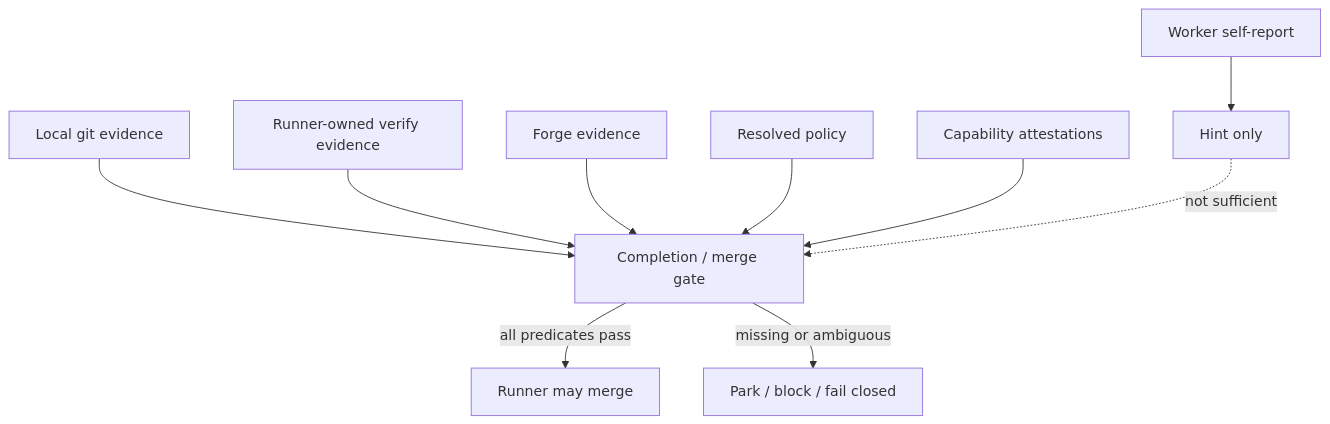
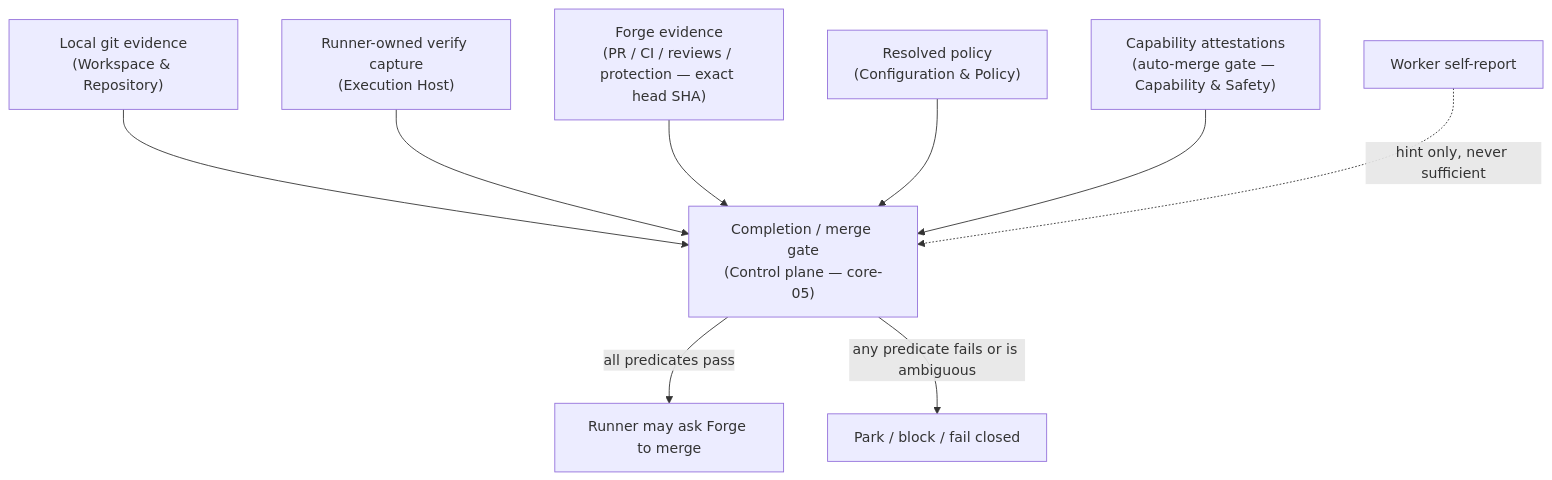
One commit to aryeko/agentic-workflow-kit changed the diagram in docs/design/10-architecture/evidence-gates-and-merge.md. Above: the diagram before and after it, drawn with Mermaid. The commit also changed other lines of this file and 46 other files, not shown here.

````diff
--- a/docs/design/10-architecture/evidence-gates-and-merge.md
+++ b/docs/design/10-architecture/evidence-gates-and-merge.md
@@ -5,14 +12,13 @@
 ```mermaid
 flowchart TB
-  Worker["Worker self-report"] --> Hint["Hint only"]
+  Git["Local git evidence\n(Workspace & Repository)"] --> Gate
+  Verify["Runner-owned verify capture\n(Execution Host)"] --> Gate
+  Forge["Forge evidence\n(PR / CI / reviews / protection — exact head SHA)"] --> Gate
+  Policy["Resolved policy\n(Configuration & Policy)"] --> Gate
+  Attest["Capability attestations\n(auto-merge gate — Capability & Safety)"] --> Gate
+  Worker["Worker self-report"] -.hint only, never sufficient.-> Gate
 
-  Git["Local git evidence"] --> Gate["Completion / merge gate"]
-  Verify["Runner-owned verify evidence"] --> Gate
-  Forge["Forge evidence"] --> Gate
-  Policy["Resolved policy"] --> Gate
-  Attestation["Capability attestations"] --> Gate
-  Hint -. not sufficient .-> Gate
-
-  Gate -->|all predicates pass| Merge["Runner may merge"]
-  Gate -->|missing or ambiguous| Block["Park / block / fail closed"]
+  Gate["Completion / merge gate\n(Control plane — core-05)"]
+  Gate -->|all predicates pass| Merge["Runner may ask Forge to merge"]
+  Gate -->|any predicate fails or is ambiguous| Block["Park / block / fail closed"]
 ```
````
